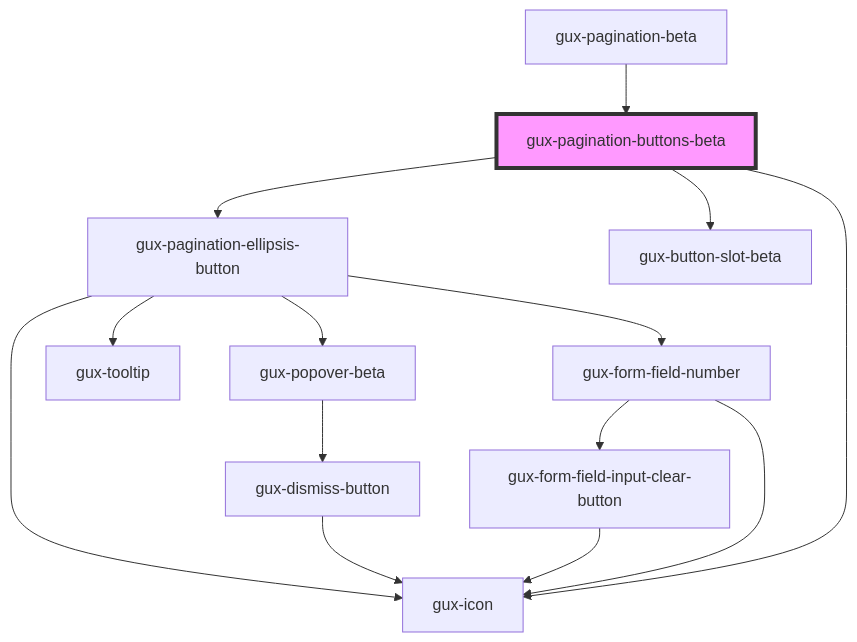
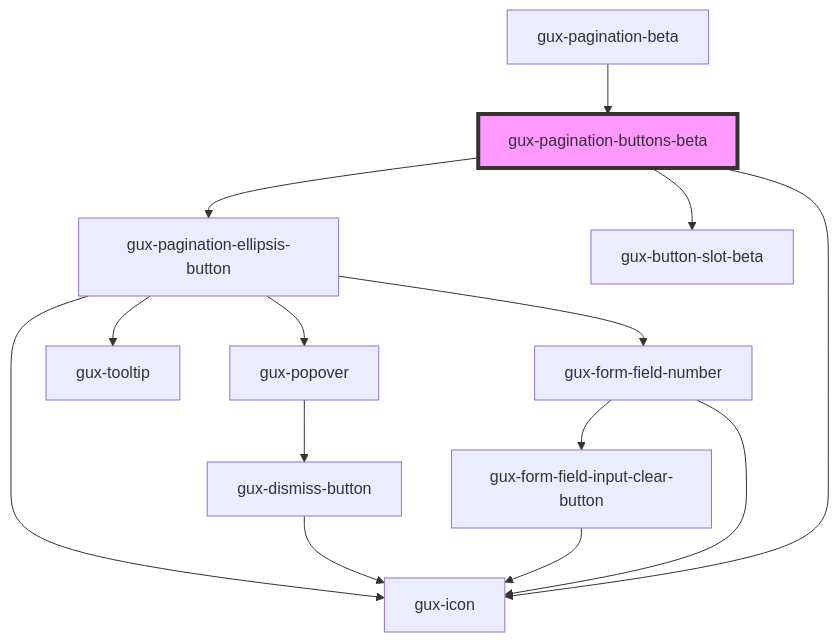
Before and after one commit to MyPureCloud/genesys-spark: the diagram in packages/genesys-spark-components/src/components/beta/gux-pagination-beta/gux-pagination-buttons-beta/readme.md, drawn with Mermaid. The commit also changed 23 other files, not shown here.

Commit message:
chore(gux-popover): replace gux-popover with gux-popover-beta

````diff
--- a/packages/genesys-spark-components/src/components/beta/gux-pagination-beta/gux-pagination-buttons-beta/readme.md
+++ b/packages/genesys-spark-components/src/components/beta/gux-pagination-beta/gux-pagination-buttons-beta/readme.md
@@ -38,17 +38,17 @@
 ```mermaid
 graph TD;
   gux-pagination-buttons-beta --> gux-pagination-ellipsis-button
   gux-pagination-buttons-beta --> gux-button-slot-beta
   gux-pagination-buttons-beta --> gux-icon
   gux-pagination-ellipsis-button --> gux-icon
   gux-pagination-ellipsis-button --> gux-tooltip
-  gux-pagination-ellipsis-button --> gux-popover-beta
+  gux-pagination-ellipsis-button --> gux-popover
   gux-pagination-ellipsis-button --> gux-form-field-number
-  gux-popover-beta --> gux-dismiss-button
+  gux-popover --> gux-dismiss-button
   gux-dismiss-button --> gux-icon
   gux-form-field-number --> gux-form-field-input-clear-button
   gux-form-field-number --> gux-icon
   gux-form-field-input-clear-button --> gux-icon
   gux-pagination-beta --> gux-pagination-buttons-beta
   style gux-pagination-buttons-beta fill:#f9f,stroke:#333,stroke-width:4px
 ```
````
